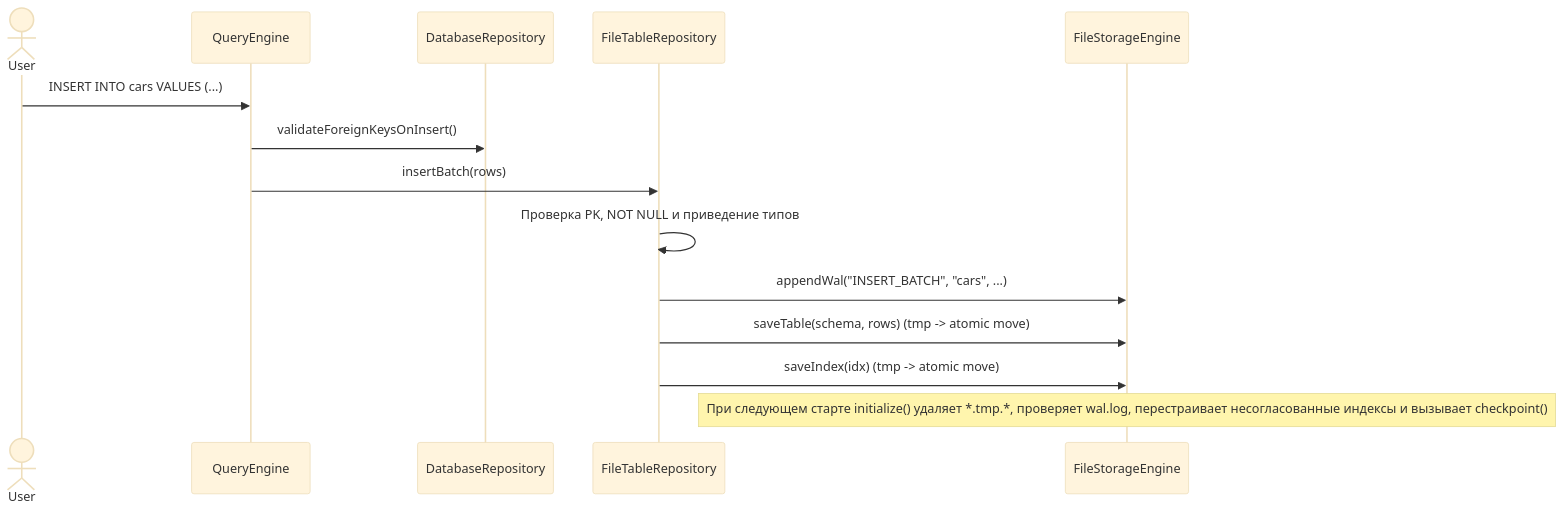
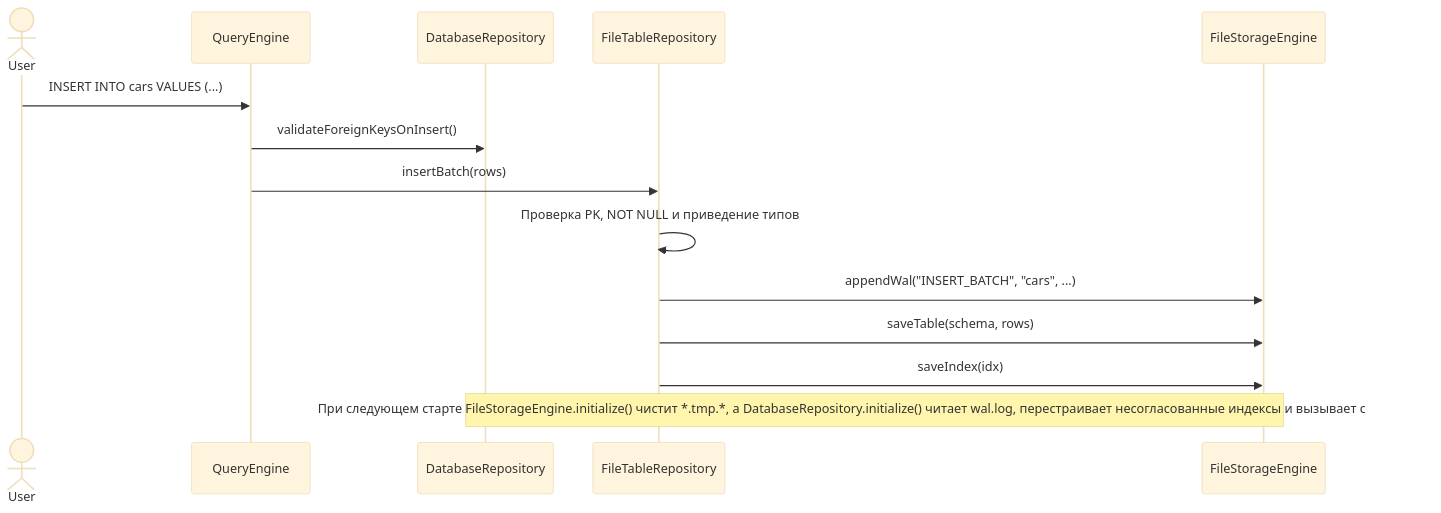
The third of 3 diagrams in README.md (DanislonZombovich/java-lab2), drawn with Mermaid (base theme) before and after one commit. The commit also changed other lines of this file and 2 other files, not shown here.

````diff
--- a/README.md
+++ b/README.md
@@ -183,17 +188,17 @@
 ```mermaid
 sequenceDiagram
     actor User
     participant QueryEngine
     participant DatabaseRepository
     participant FileTableRepository
     participant FileStorageEngine
 
     User->>QueryEngine: INSERT INTO cars VALUES (...)
     QueryEngine->>DatabaseRepository: validateForeignKeysOnInsert()
     QueryEngine->>FileTableRepository: insertBatch(rows)
     FileTableRepository->>FileTableRepository: Проверка PK, NOT NULL и приведение типов
     FileTableRepository->>FileStorageEngine: appendWal("INSERT_BATCH", "cars", ...)
-    FileTableRepository->>FileStorageEngine: saveTable(schema, rows) (tmp -> atomic move)
-    FileTableRepository->>FileStorageEngine: saveIndex(idx) (tmp -> atomic move)
-    Note over FileStorageEngine: При следующем старте initialize() удаляет *.tmp.*, проверяет wal.log, перестраивает несогласованные индексы и вызывает checkpoint()
+    FileTableRepository->>FileStorageEngine: saveTable(schema, rows)
+    FileTableRepository->>FileStorageEngine: saveIndex(idx)
+    Note over DatabaseRepository,FileStorageEngine: При следующем старте FileStorageEngine.initialize() чистит *.tmp.*, а DatabaseRepository.initialize() читает wal.log, перестраивает несогласованные индексы и вызывает checkpoint()
 ```
````
